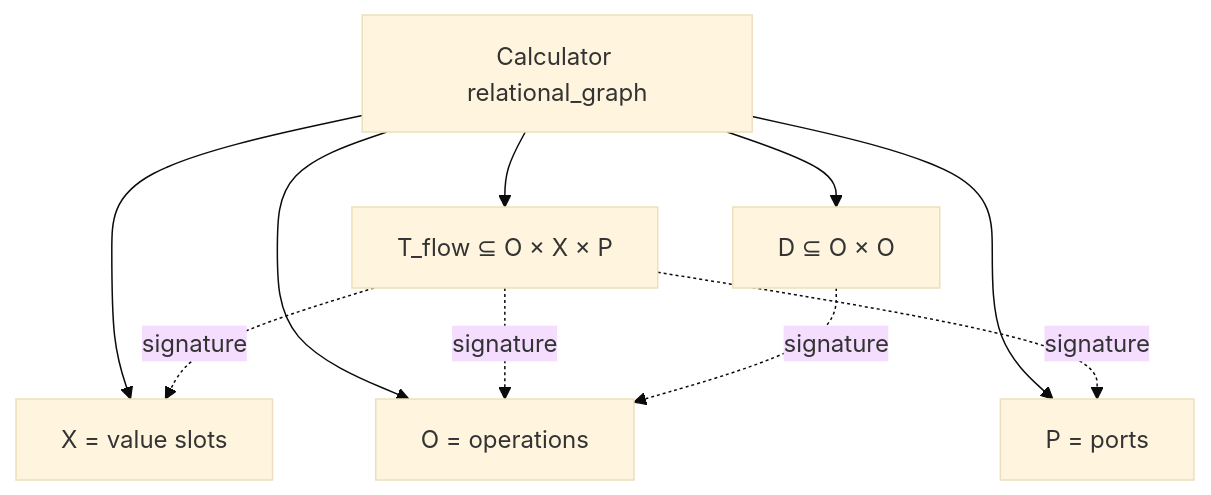
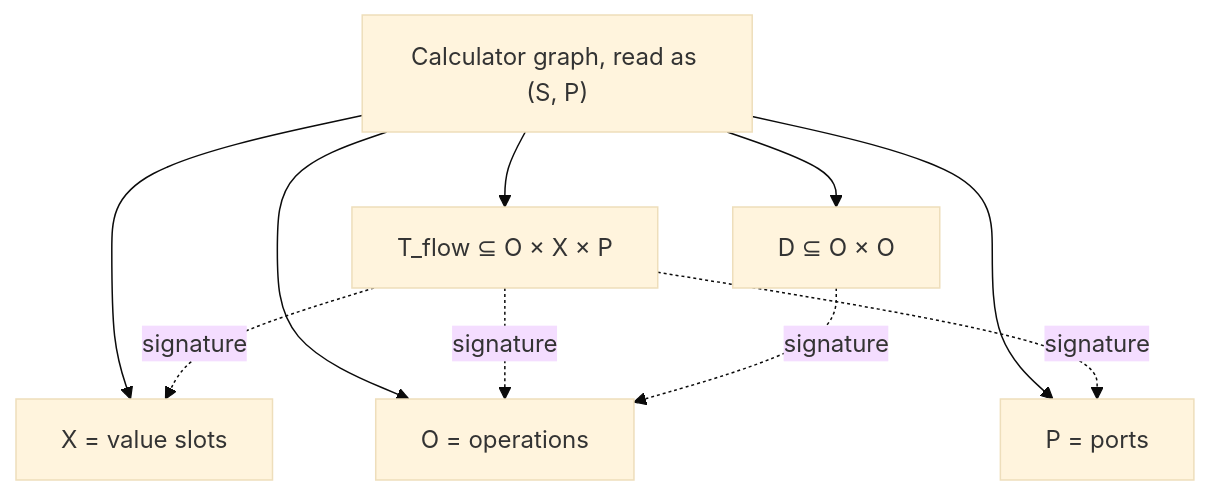
One commit to komahanb/unstructured-finite-volume changed the sixth of 14 diagrams in test/calculator-tower/README.md. Above: the diagram before and after it, drawn with Mermaid (base theme). The commit also changed other lines of this file and 47 other files, not shown here.

````diff
--- a/test/calculator-tower/README.md
+++ b/test/calculator-tower/README.md
@@ -356,22 +356,22 @@
 ```mermaid
 flowchart TB
-    GAMMA["Calculator relational_graph"]
+    GAMMA["Calculator graph, read as (S, P)"]
 
     X["X = value slots"]
     O["O = operations"]
     P["P = ports"]
 
     T["T_flow ⊆ O × X × P"]
     D["D ⊆ O × O"]
 
     GAMMA --> X
     GAMMA --> O
     GAMMA --> P
     GAMMA --> T
     GAMMA --> D
 
     T -.signature.-> O
     T -.signature.-> X
     T -.signature.-> P
     D -.signature.-> O
 ```
````
